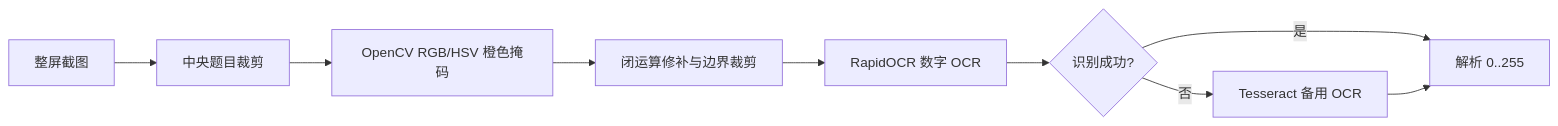
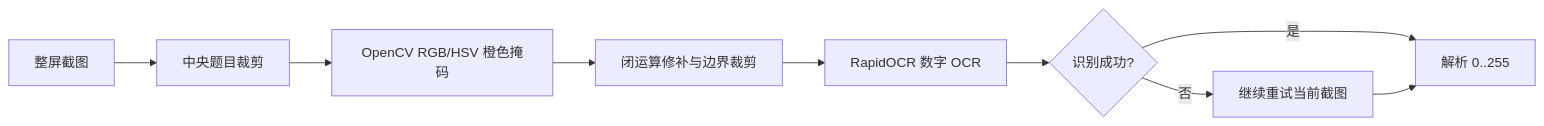
The second of 2 diagrams in docs/binary-speedrun.md (sinxy-sai/turing-complete-guide), drawn with Mermaid before and after one commit. The commit also changed other lines of this file and 13 other files, not shown here.

First line of the commit message:
refactor(ocr): remove tesseract dependency

````diff
--- a/docs/binary-speedrun.md
+++ b/docs/binary-speedrun.md
@@ -87,11 +87,11 @@
 ```mermaid
 flowchart LR
     A[整屏截图] --> B[中央题目裁剪]
     B --> C[OpenCV RGB/HSV 橙色掩码]
     C --> D[闭运算修补与边界裁剪]
     D --> E[RapidOCR 数字 OCR]
     E --> F{识别成功?}
-    F -- 否 --> G[Tesseract 备用 OCR]
+    F -- 否 --> G[继续重试当前截图]
     F -- 是 --> H[解析 0..255]
     G --> H
 ```
````
